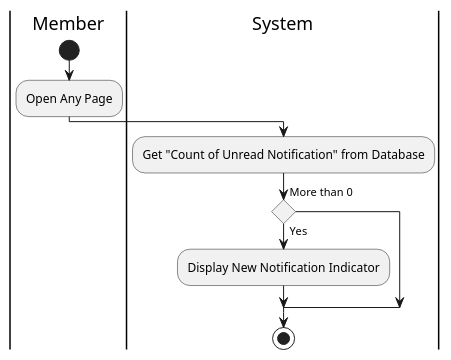
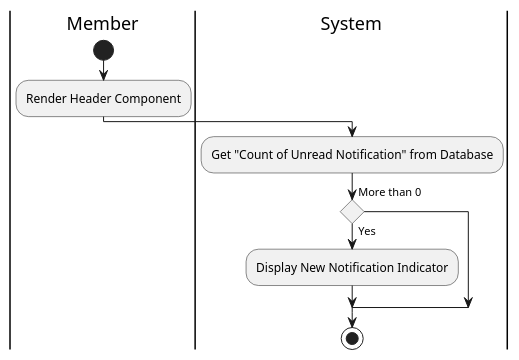
One commit to fwidjaya20/fazzlearning-uml changed the diagram in Activity/Release04/UnreadNotification.wsd. Above: the diagram before and after it, drawn with PlantUML. The commit also changed 20 other files, not shown here.

Commit message:
sequence:  adding scope r 4

```diff
--- a/Activity/Release04/UnreadNotification.wsd
+++ b/Activity/Release04/UnreadNotification.wsd
@@ -1,20 +1,20 @@
 @startuml UnreadNotification
 
 skinparam ConditionEndStyle hline
 skinparam conditionStyle diamond
 skinparam Monochrome true
 skinparam Shadowing false
 
 |Member|
 start
-:Open Any Page;
+:Render Header Component;
 
 |System|
 :Get "Count of Unread Notification" from Database;
 
 if (More than 0) then (Yes)
     :Display New Notification Indicator;
 endif
 stop
 
 @enduml
```
